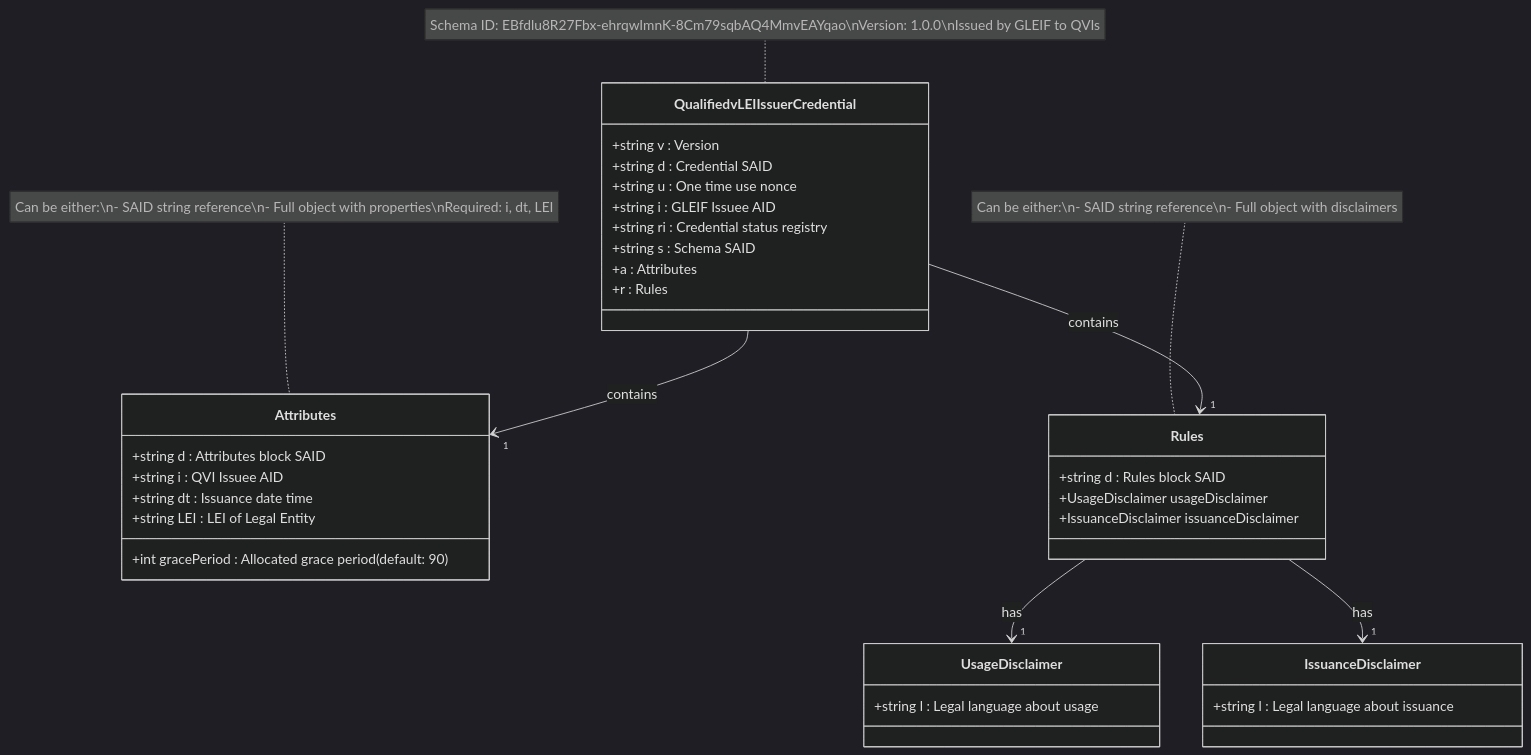
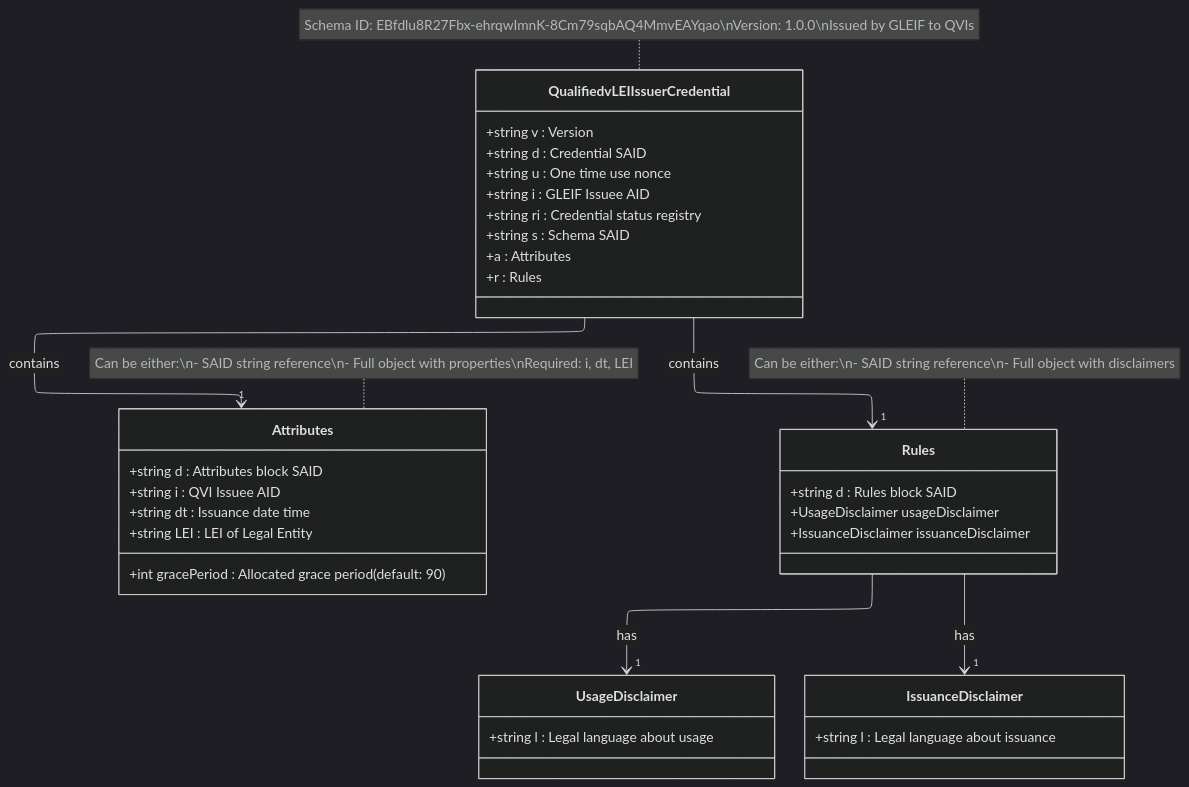
The diagram in docs/qvi-credential-schema.md (WebOfTrust/vLEI), drawn with Mermaid (dark theme) before and after one commit. The commit also changed 28 other files, not shown here.

````diff
--- a/docs/qvi-credential-schema.md
+++ b/docs/qvi-credential-schema.md
@@ -7,46 +7,50 @@
 ```mermaid
+---
+config:
+  layout: elk
+---
 classDiagram
     class QualifiedvLEIIssuerCredential {
         +string v : Version
         +string d : Credential SAID
         +string u : One time use nonce
         +string i : GLEIF Issuee AID
         +string ri : Credential status registry
         +string s : Schema SAID
         +a : Attributes
         +r : Rules
     }
 
     class Attributes {
         +string d : Attributes block SAID
         +string i : QVI Issuee AID
         +string dt : Issuance date time
         +string LEI : LEI of Legal Entity
         +int gracePeriod : Allocated grace period (default: 90)
     }
 
     class Rules {
         +string d : Rules block SAID
         +UsageDisclaimer usageDisclaimer
         +IssuanceDisclaimer issuanceDisclaimer
     }
 
     class UsageDisclaimer {
         +string l : Legal language about usage
     }
 
     class IssuanceDisclaimer {
         +string l : Legal language about issuance
     }
 
     QualifiedvLEIIssuerCredential --> "1" Attributes : contains
     QualifiedvLEIIssuerCredential --> "1" Rules : contains
     Rules --> "1" UsageDisclaimer : has
     Rules --> "1" IssuanceDisclaimer : has
 
     note for QualifiedvLEIIssuerCredential "Schema ID: EBfdlu8R27Fbx-ehrqwImnK-8Cm79sqbAQ4MmvEAYqao\nVersion: 1.0.0\nIssued by GLEIF to QVIs"
     
     note for Attributes "Can be either:\n- SAID string reference\n- Full object with properties\nRequired: i, dt, LEI"
     
     note for Rules "Can be either:\n- SAID string reference\n- Full object with disclaimers"
 ```
````
